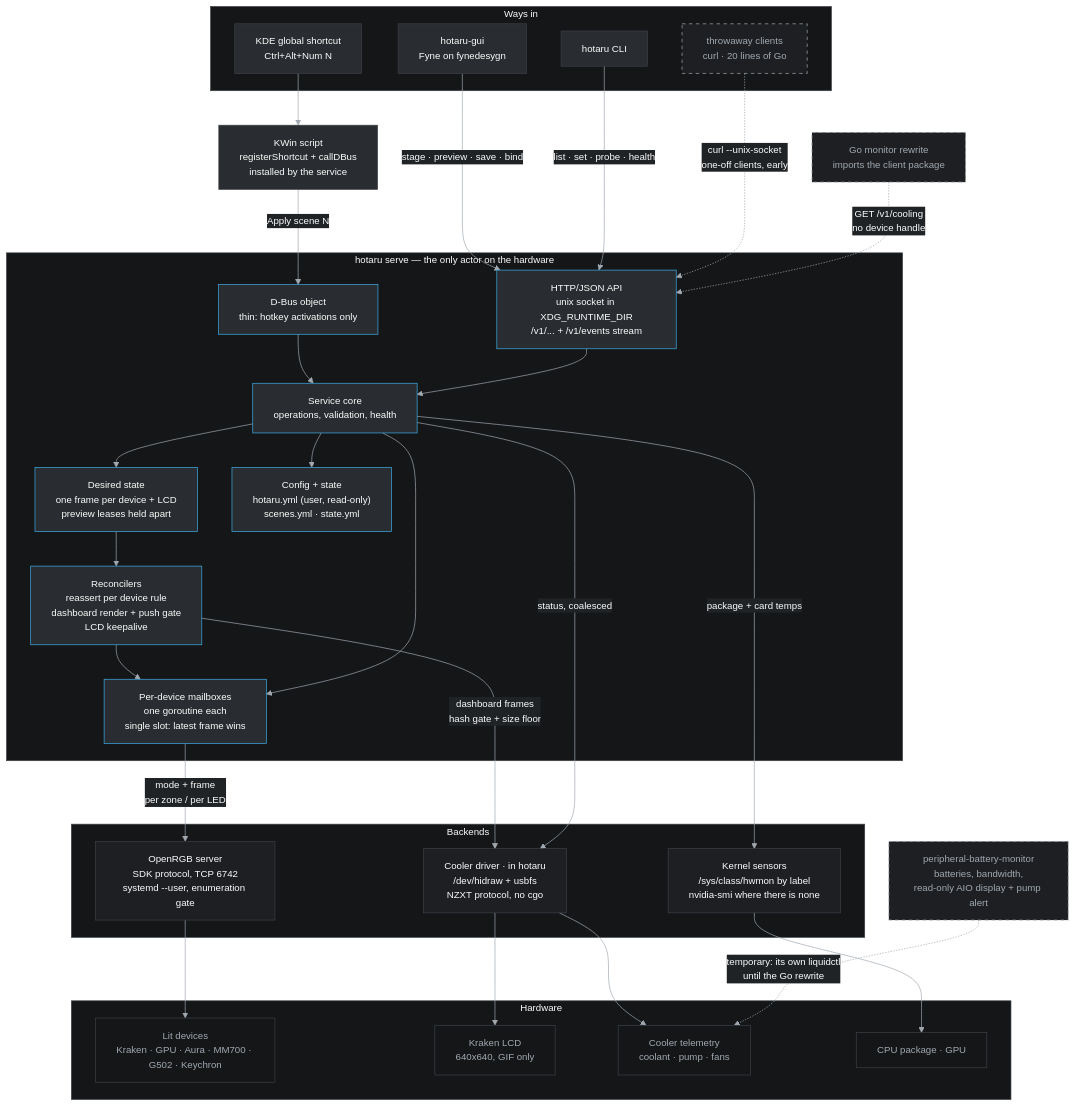
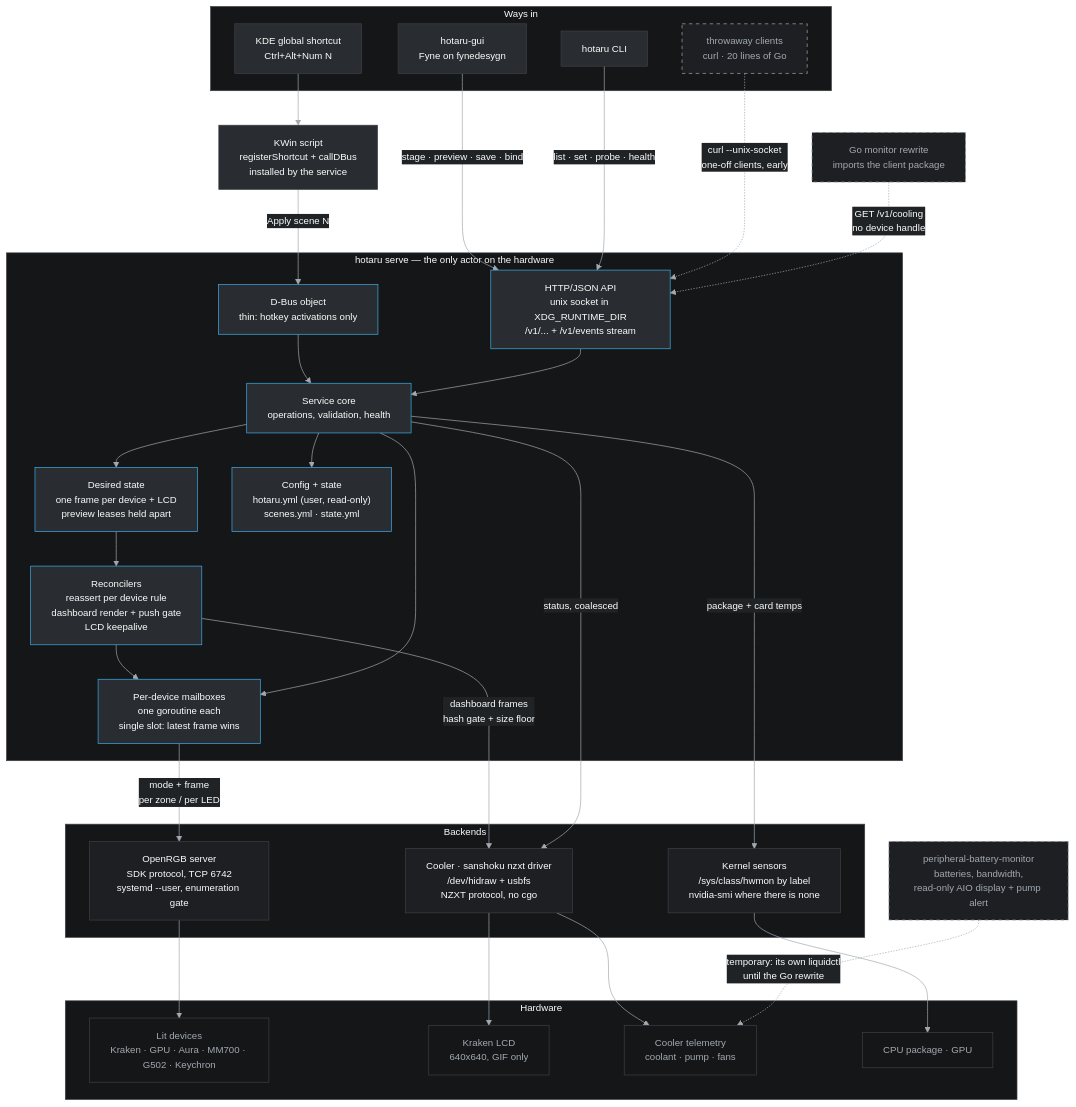
The first of 3 diagrams in docs/architecture.md (ushineko/hotaru), drawn with Mermaid before and after one commit. The commit also changed other lines of this file and 42 other files, not shown here.

First line of the commit message:
feat(cooler): the Kraken through sanshoku (spec 059)

```diff
--- a/docs/architecture.md
+++ b/docs/architecture.md
@@ -40,7 +40,7 @@
 
     subgraph backends["Backends"]
         ORGB["OpenRGB server<br/>SDK protocol, TCP 6742<br/>systemd --user, enumeration gate"]
-        COOL["Cooler driver · in hotaru<br/>/dev/hidraw + usbfs<br/>NZXT protocol, no cgo"]
+        COOL["Cooler · sanshoku nzxt driver<br/>/dev/hidraw + usbfs<br/>NZXT protocol, no cgo"]
         HWMON["Kernel sensors<br/>/sys/class/hwmon by label<br/>nvidia-smi where there is none"]
     end
 
```
